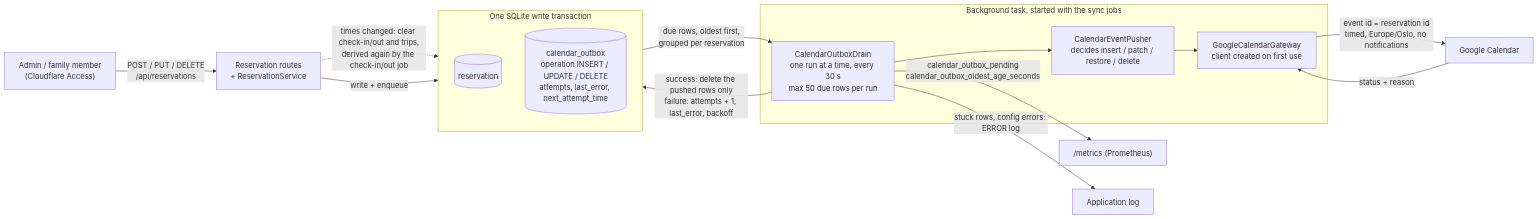
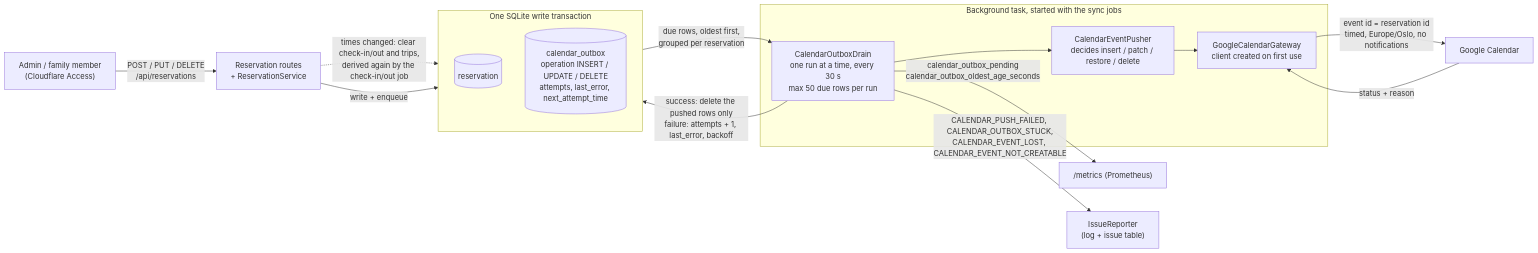
Before and after one commit to ismarslomic/cabin-visits-kotlin: the third of 11 diagrams in docs/solution_architecture.md, drawn with Mermaid. The commit also changed other lines of this file and 18 other files, not shown here.

````diff
--- a/docs/solution_architecture.md
+++ b/docs/solution_architecture.md
@@ -77,27 +77,27 @@
 ```mermaid
 flowchart LR
     user["Admin / family member<br/>(Cloudflare Access)"] -->|"POST / PUT / DELETE<br/>/api/reservations"| api["Reservation routes<br/>+ ReservationService"]
 
     subgraph tx["One SQLite write transaction"]
         direction TB
         res[("reservation")]
         outbox[("calendar_outbox<br/>operation INSERT / UPDATE / DELETE<br/>attempts, last_error, next_attempt_time")]
     end
     api -->|"write + enqueue"| tx
     api -.->|"times changed: clear check-in/out and trips,<br/>derived again by the check-in/out job"| res
 
     subgraph bg["Background task, started with the sync jobs"]
         drain["CalendarOutboxDrain<br/>one run at a time, every 30 s<br/>max 50 due rows per run"]
         pusher["CalendarEventPusher<br/>decides insert / patch / restore / delete"]
         gateway["GoogleCalendarGateway<br/>client created on first use"]
         drain --> pusher --> gateway
     end
     outbox -->|"due rows, oldest first,<br/>grouped per reservation"| drain
     drain -->|"success: delete the pushed rows only<br/>failure: attempts + 1, last_error, backoff"| outbox
 
     gateway -->|"event id = reservation id<br/>timed, Europe/Oslo, no notifications"| google["Google Calendar"]
     google -->|"status + reason"| gateway
 
     drain -->|"calendar_outbox_pending<br/>calendar_outbox_oldest_age_seconds"| prom["/metrics (Prometheus)"]
-    drain -->|"stuck rows, config errors: ERROR log"| logs["Application log"]
+    drain -->|"CALENDAR_PUSH_FAILED, CALENDAR_OUTBOX_STUCK,<br/>CALENDAR_EVENT_LOST, CALENDAR_EVENT_NOT_CREATABLE"| issues["IssueReporter<br/>(log + issue table)"]
 ```
````
